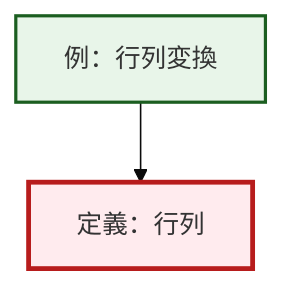
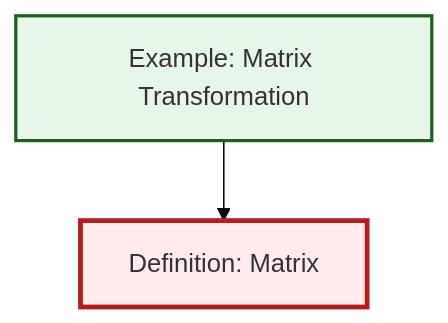
One commit to RK0429/ModernMath changed the diagram in content/ja/algebra/def-matrix.qmd. Above: the diagram before and after it, drawn with Mermaid (base theme). The commit also changed 203 other files, not shown here.

````diff
--- a/content/ja/algebra/def-matrix.qmd
+++ b/content/ja/algebra/def-matrix.qmd
@@ -58,15 +58,13 @@
 ```{mermaid}
-%%| fig-cap: "局所依存関係グラフ"
+%%| fig-cap: "Local dependency graph"
 graph TD
     classDef definition fill:#e1f5fe,stroke:#01579b,stroke-width:2px
     classDef theorem fill:#f3e5f5,stroke:#4a148c,stroke-width:2px
     classDef axiom fill:#fff3e0,stroke:#e65100,stroke-width:2px
     classDef example fill:#e8f5e9,stroke:#1b5e20,stroke-width:2px
     classDef current fill:#ffebee,stroke:#b71c1c,stroke-width:3px
-    ex-matrix-transformation["例：行列変換"]:::example
-    def-matrix["定義：行列"]:::definition
+    ex-matrix-transformation["Example: Matrix Transformation"]:::example
+    def-matrix["Definition: Matrix"]:::definition
     ex-matrix-transformation --> def-matrix
     class def-matrix current
-
-    click ex-matrix-transformation "ex-matrix-transformation.html" "Go to 例：行列変換"
 ```
````
